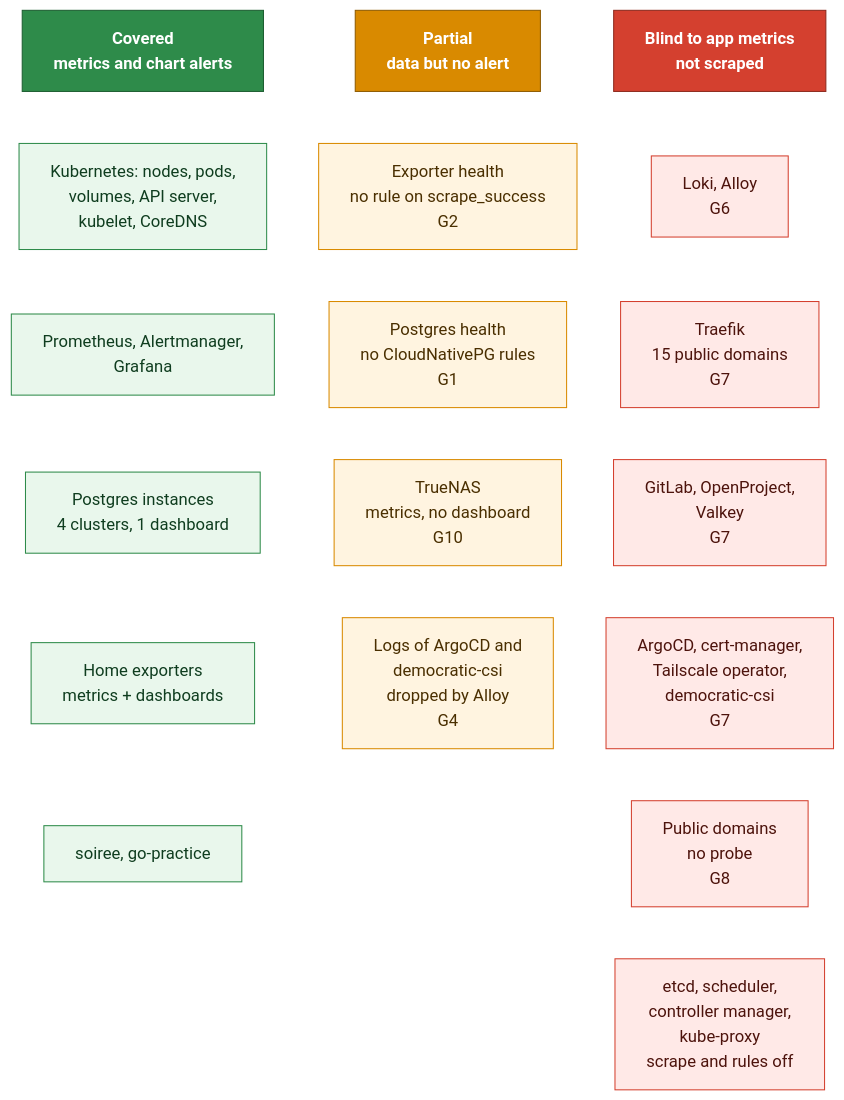
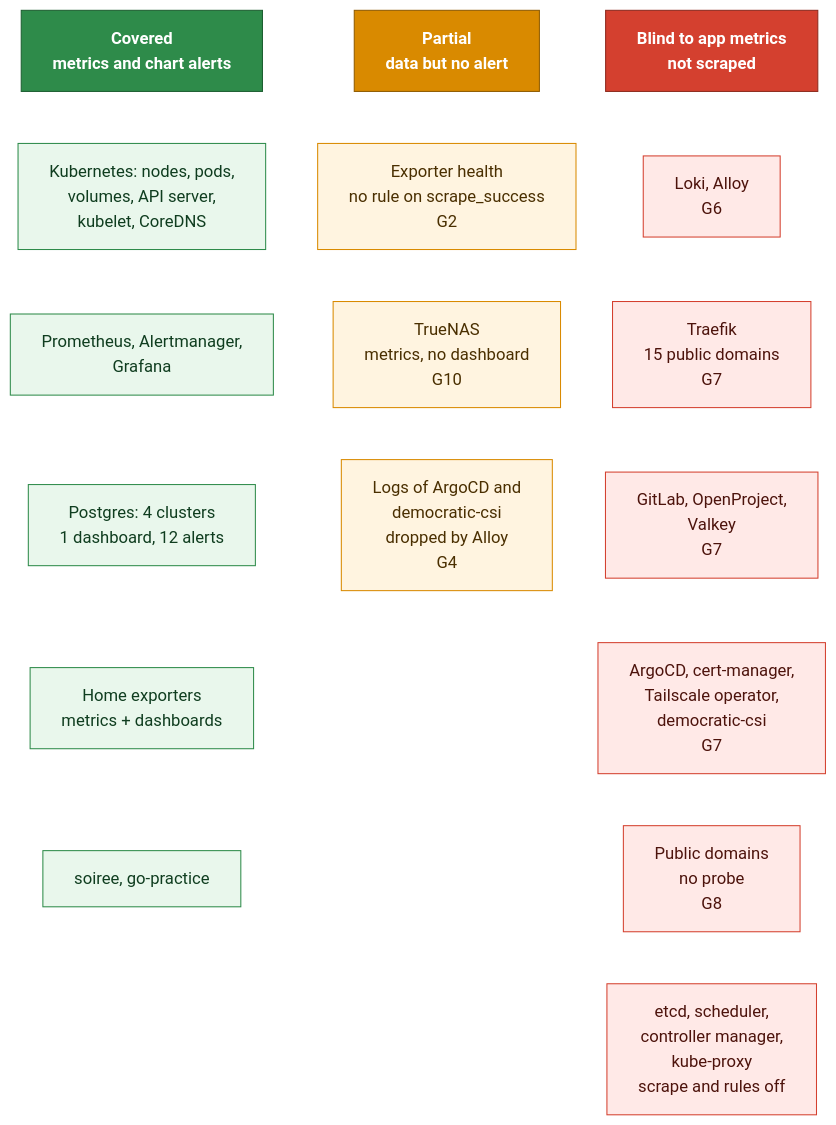
The third of 3 diagrams in docs/tech/monitoring.md (Yornik/sharkshere-gitops), drawn with Mermaid before and after one commit. The commit also changed other lines of this file, not shown here.

First line of the commit message:
docs(monitoring): record the 12 Postgres alerts and close gap G1

````diff
--- a/docs/tech/monitoring.md
+++ b/docs/tech/monitoring.md
@@ -377,41 +391,40 @@
 ```mermaid
 flowchart TB
   classDef okh fill:#2e8b4a,stroke:#1d5e31,color:#ffffff,font-weight:bold
   classDef parth fill:#d98a00,stroke:#8f5b00,color:#ffffff,font-weight:bold
   classDef noneh fill:#d4402f,stroke:#8d2a1e,color:#ffffff,font-weight:bold
   classDef ok fill:#e9f7ec,stroke:#2e8b4a,color:#0f3d1f
   classDef part fill:#fff4e0,stroke:#d98a00,color:#4a2f00
   classDef none fill:#ffe9e7,stroke:#d4402f,color:#4d130c
 
   H1["Covered<br/>metrics and chart alerts"]
   A1["Kubernetes: nodes, pods,<br/>volumes, API server,<br/>kubelet, CoreDNS"]
   A2["Prometheus, Alertmanager,<br/>Grafana"]
-  A3["Postgres instances<br/>4 clusters, 1 dashboard"]
+  A3["Postgres: 4 clusters<br/>1 dashboard, 12 alerts"]
   A4["Home exporters<br/>metrics + dashboards"]
   A5["soiree, go-practice"]
 
   H2["Partial<br/>data but no alert"]
   B1["Exporter health<br/>no rule on scrape_success<br/>G2"]
-  B2["Postgres health<br/>no CloudNativePG rules<br/>G1"]
   B3["TrueNAS<br/>metrics, no dashboard<br/>G10"]
   B4["Logs of ArgoCD and<br/>democratic-csi<br/>dropped by Alloy<br/>G4"]
 
   H3["Blind to app metrics<br/>not scraped"]
   C1["Loki, Alloy<br/>G6"]
   C2["Traefik<br/>15 public domains<br/>G7"]
   C3["GitLab, OpenProject,<br/>Valkey<br/>G7"]
   C4["ArgoCD, cert-manager,<br/>Tailscale operator,<br/>democratic-csi<br/>G7"]
   C5["Public domains<br/>no probe<br/>G8"]
   C6["etcd, scheduler,<br/>controller manager,<br/>kube-proxy<br/>scrape and rules off"]
 
   H1 ~~~ A1 ~~~ A2 ~~~ A3 ~~~ A4 ~~~ A5
-  H2 ~~~ B1 ~~~ B2 ~~~ B3 ~~~ B4
+  H2 ~~~ B1 ~~~ B3 ~~~ B4
   H3 ~~~ C1 ~~~ C2 ~~~ C3 ~~~ C4 ~~~ C5 ~~~ C6
 
   class H1 okh
   class H2 parth
   class H3 noneh
   class A1,A2,A3,A4,A5 ok
-  class B1,B2,B3,B4 part
+  class B1,B3,B4 part
   class C1,C2,C3,C4,C5,C6 none
 ```
````
